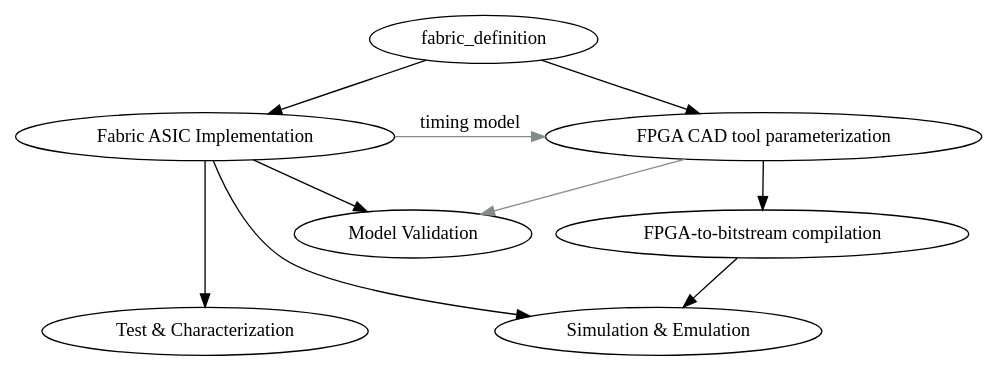
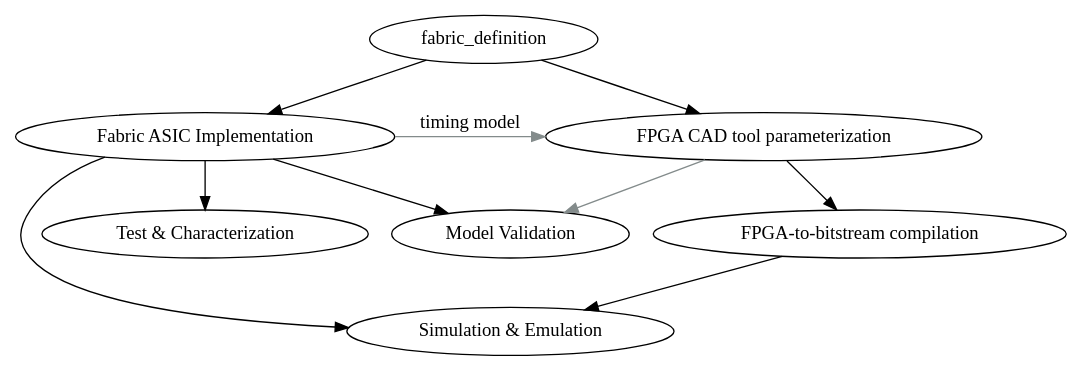
The diagram in docs/source/index.rst (FPGA-Research-Manchester/Fabulous_documentation), drawn with Graphviz before and after one commit. The commit also changed 1 other file, not shown here.

Commit message:
Fabulous flow

```diff
--- a/docs/source/index.rst
+++ b/docs/source/index.rst
@@ -12,19 +12,26 @@
 .. graphviz::
 
      digraph fabulous_flow {
-              a [label="fabric_definition",URL="Fabric RTL.html", target="_top"];
-              b [label="Fabric ASIC Implementation"];
-              c [label="Test & Characterization"];
-              d [label="Model Validation"];
-              e [label="FPGA CAD tool parameterization"];
-              f [label="FPGA-to-bitstream compilation"];
-              g [label="Simulation & Emulation"];
-              a -> b -> c;
-              b -> d;
-              b -> g;
-              b -> e [label="timing model",color="azure4"];
-              a -> e -> f -> g;
-              e -> d [color="azure4"];
-              { rank=same; b; e;}
-              { rank=same; c; g;}
-                                     }
+              rankdir="TB"
+              subgraph {
+               a [label="fabric_definition",URL="Fabric RTL.html", target="_top"];
+               b [label="Fabric ASIC Implementation"];
+               c [label="Test & Characterization"];
+               d [label="Model Validation"];
+               e [label="FPGA CAD tool parameterization"];
+               f [label="FPGA-to-bitstream compilation"];
+               g [label="Simulation & Emulation"]
+               a -> b -> c;
+               b -> d;
+               b -> g;
+               b -> e [label="timing model",color="azure4"];
+               a -> e -> f;
+               f -> g;
+               e -> d [color="azure4"];
+               d -> g [style="invis"];
+               { rank=same; b; e;}
+               { rank=same; d;}
+               { rank=same; c; f;}
+               { rank=max; g;}
+               }
+              }
```
